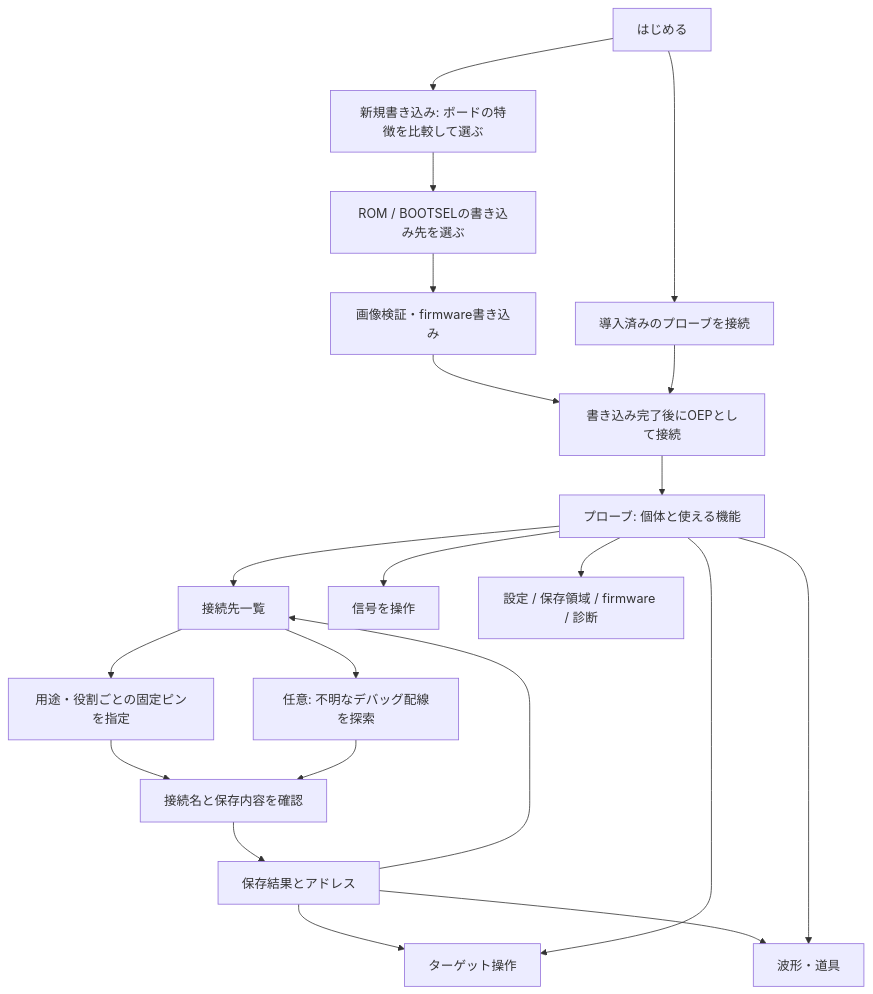
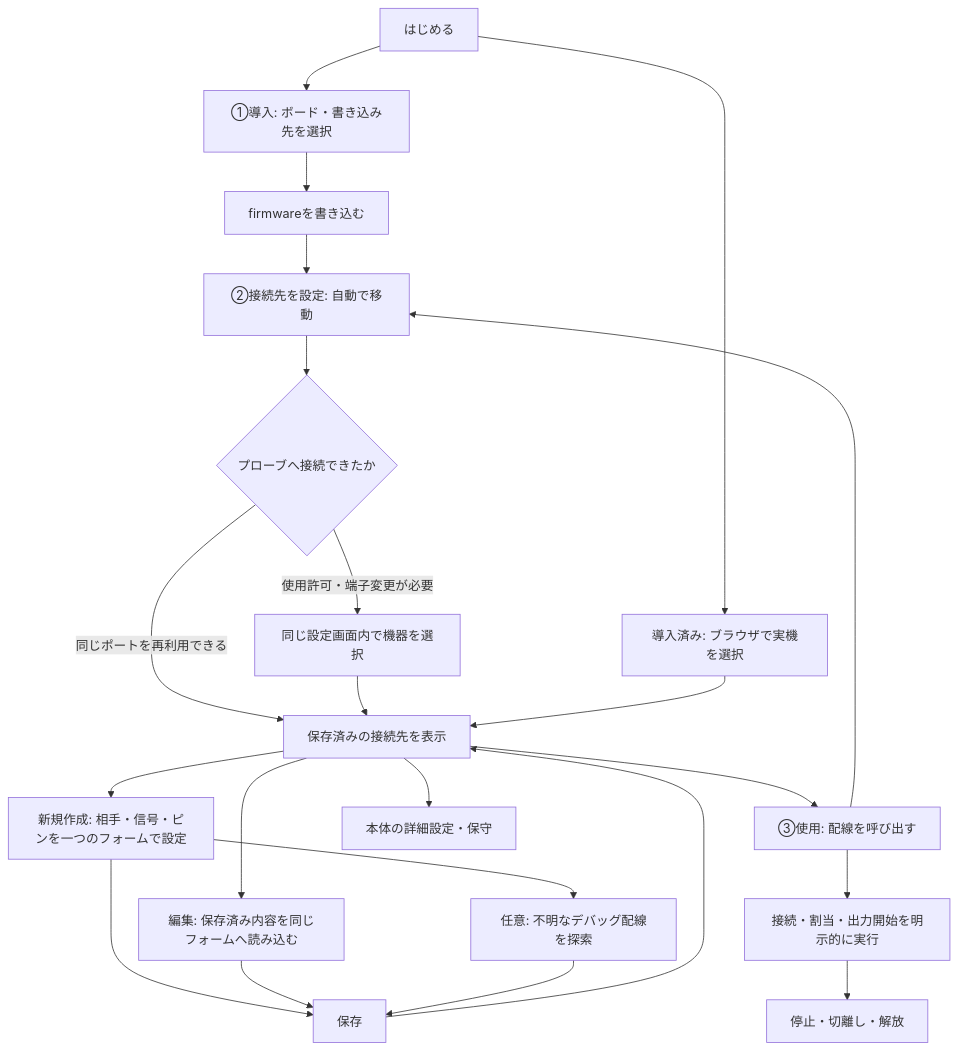
The diagram in docs/page.ja.md (Open-Embedded-Probe/oep-client-js), drawn with Mermaid before and after one commit. The commit also changed other lines of this file and 12 other files, not shown here.

````diff
--- a/docs/page.ja.md
+++ b/docs/page.ja.md
@@ -59,23 +40,24 @@
 ```mermaid
 flowchart TD
-  H[はじめる] --> F[新規書き込み: ボードの特徴を比較して選ぶ]
-  F --> R[ROM / BOOTSELの書き込み先を選ぶ]
-  R --> V[画像検証・firmware書き込み]
-  V --> C[書き込み完了後にOEPとして接続]
-  H --> Q[導入済みのプローブを接続]
-  Q --> C
-  C --> P[プローブ: 個体と使える機能]
-  P --> T[接続先一覧]
-  T --> W[用途・役割ごとの固定ピンを指定]
-  W --> N[接続名と保存内容を確認]
-  T --> S[任意: 不明なデバッグ配線を探索]
-  S --> N
-  N --> D[保存結果とアドレス]
-  D --> T
-  D --> B[ターゲット操作]
-  D --> U[波形・道具]
-  P --> I[信号を操作]
-  P --> B
-  P --> U
-  P --> G[設定 / 保存領域 / firmware / 診断]
+  H[はじめる] --> F[①導入: ボード・書き込み先を選択]
+  F --> W[firmwareを書き込む]
+  W --> C[②接続先を設定: 自動で移動]
+  C --> R{プローブへ接続できたか}
+  R -->|同じポートを再利用できる| L[保存済みの接続先を表示]
+  R -->|使用許可・端子変更が必要| P[同じ設定画面内で機器を選択]
+  P --> L
+  H --> A[導入済み: ブラウザで実機を選択]
+  A --> L
+  L --> N[新規作成: 相手・信号・ピンを一つのフォームで設定]
+  L --> E[編集: 保存済み内容を同じフォームへ読み込む]
+  N --> S[保存]
+  E --> S
+  S --> L
+  N --> Q[任意: 不明なデバッグ配線を探索]
+  Q --> S
+  L --> U[③使用: 配線を呼び出す]
+  U --> X[接続・割当・出力開始を明示的に実行]
+  X --> D[停止・切離し・解放]
+  U --> C
+  L --> G[本体の詳細設定・保守]
 ```
````
